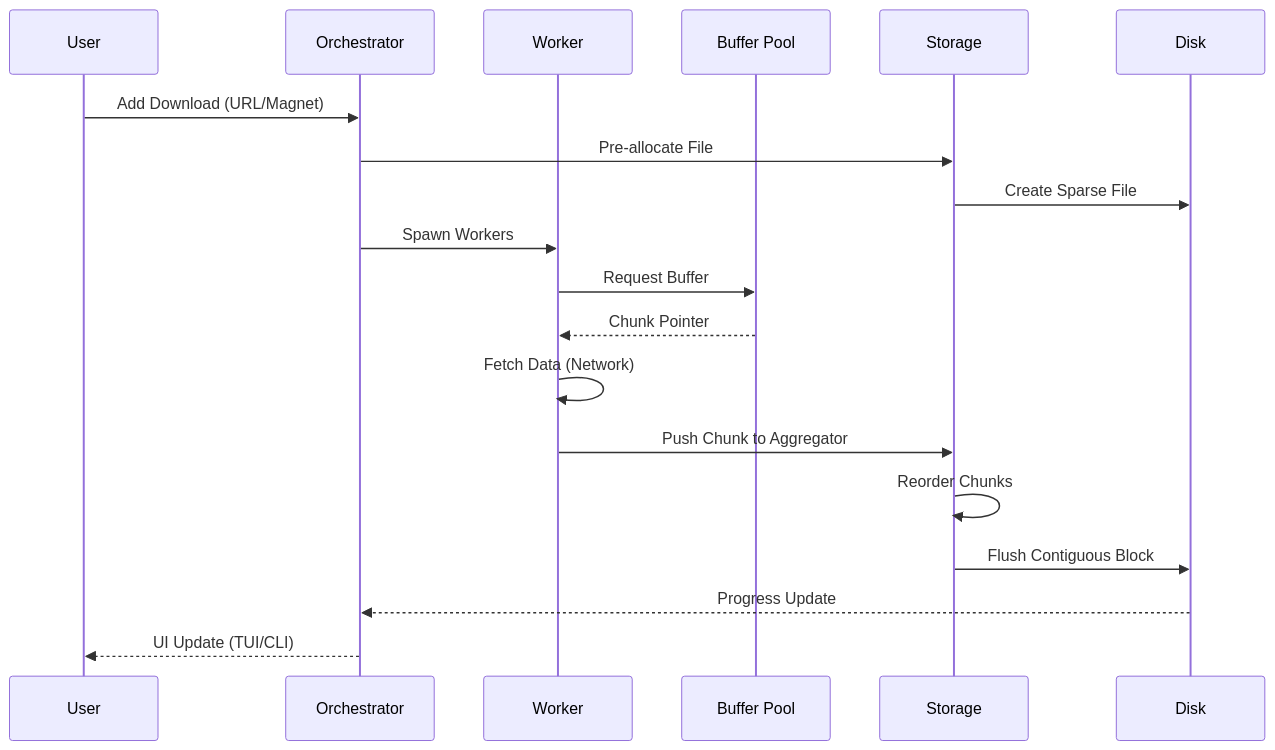
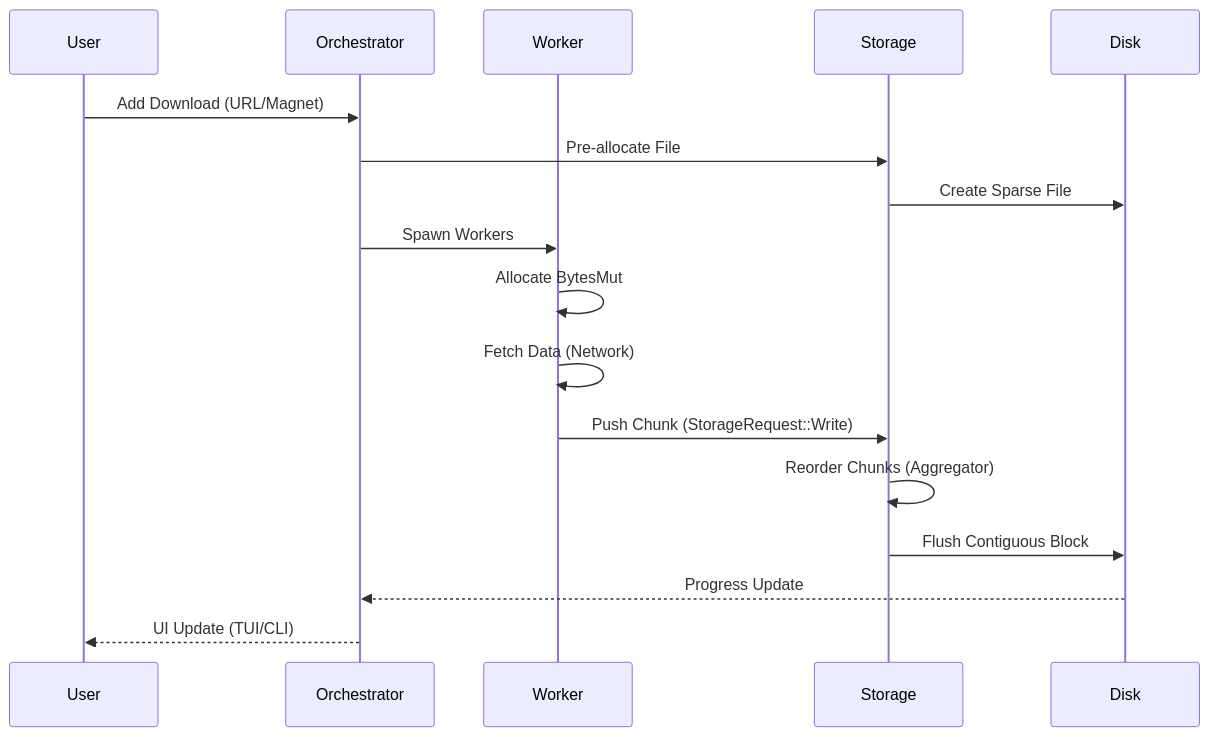
The second of 6 diagrams in aura-docs/project/ARCHITECTURE.md (ronmkr/aura), drawn with Mermaid before and after one commit. The commit also changed other lines of this file and 23 other files, not shown here.

````diff
--- a/aura-docs/project/ARCHITECTURE.md
+++ b/aura-docs/project/ARCHITECTURE.md
@@ -100,22 +99,20 @@
 ```mermaid
 sequenceDiagram
     participant U as User
     participant O as Orchestrator
     participant W as Worker
-    participant B as Buffer Pool
     participant S as Storage
     participant D as Disk
 
     U->>O: Add Download (URL/Magnet)
     O->>S: Pre-allocate File
     S->>D: Create Sparse File
     O->>W: Spawn Workers
-    W->>B: Request Buffer
-    B-->>W: Chunk Pointer
+    W->>W: Allocate BytesMut
     W->>W: Fetch Data (Network)
-    W->>S: Push Chunk to Aggregator
-    S->>S: Reorder Chunks
+    W->>S: Push Chunk (StorageRequest::Write)
+    S->>S: Reorder Chunks (Aggregator)
     S->>D: Flush Contiguous Block
     D-->>O: Progress Update
     O-->>U: UI Update (TUI/CLI)
 ```
````
